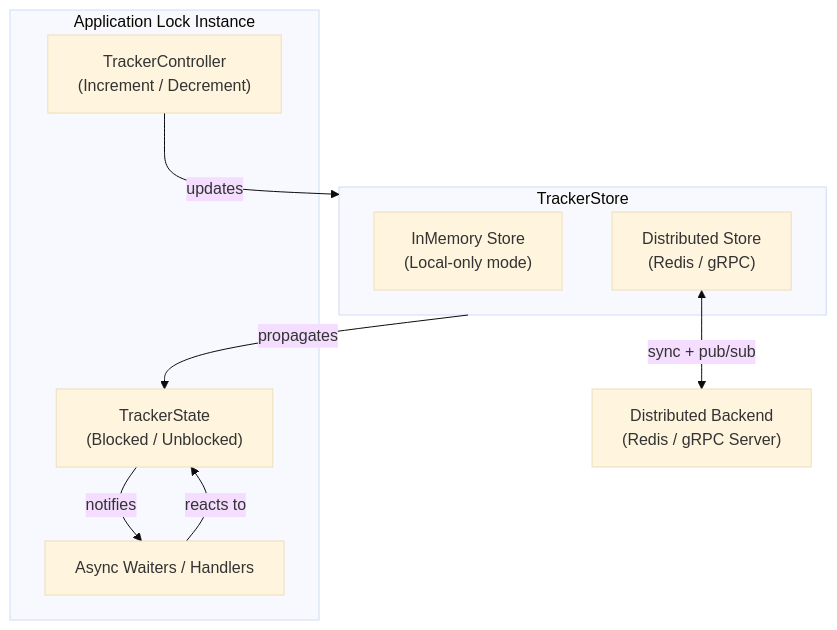
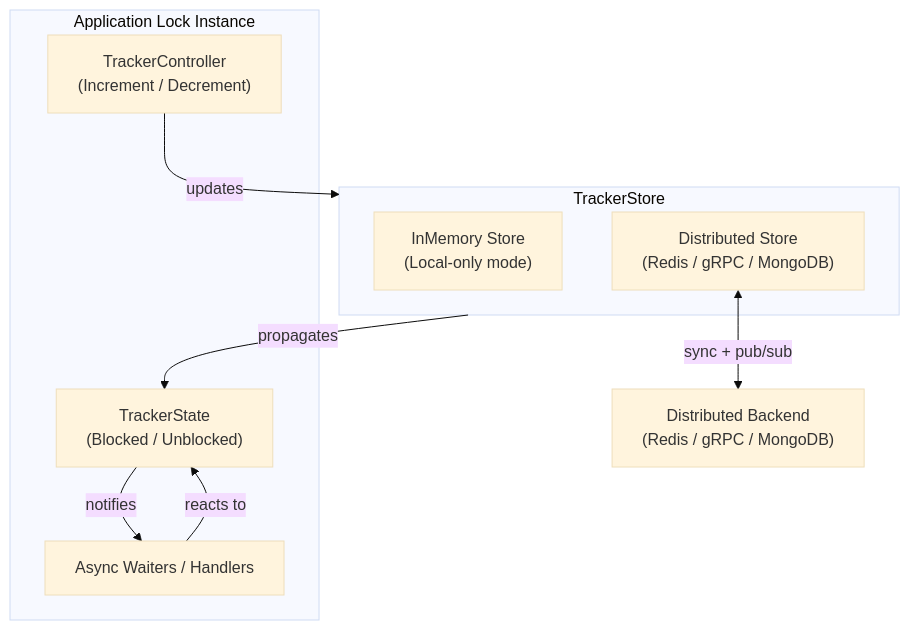
The diagram in README.md (micheloliveira-com/ReactiveLock), drawn with Mermaid (base theme) before and after one commit. The commit also changed other lines of this file and 43 other files, not shown here.

Commit message:
chore: experimental ReactiveLock.Distributed.MongoDB provider

````diff
--- a/README.md
+++ b/README.md
@@ -149,22 +158,22 @@
 ```mermaid
 flowchart TD
     subgraph App["Application Lock Instance"]
         Controller["TrackerController<br/>(Increment / Decrement)"]
         State["TrackerState<br/>(Blocked / Unblocked)"]
         Waiters["Async Waiters / Handlers"]
     end
 
     subgraph Stores["TrackerStore"]
         Local["InMemory Store<br/>(Local-only mode)"]
-        Dist["Distributed Store<br/>(Redis / gRPC)"]
+        Dist["Distributed Store<br/>(Redis / gRPC / MongoDB)"]
     end
 
-    Backend["Distributed Backend<br/>(Redis / gRPC Server)"]
+    Backend["Distributed Backend<br/>(Redis / gRPC / MongoDB)"]
 
     Controller -->|updates| Stores
     Stores -->|propagates| State
     State -->|notifies| Waiters
     Waiters -->|reacts to| State
 
     Dist <-->|sync + pub/sub| Backend
 ```
````
